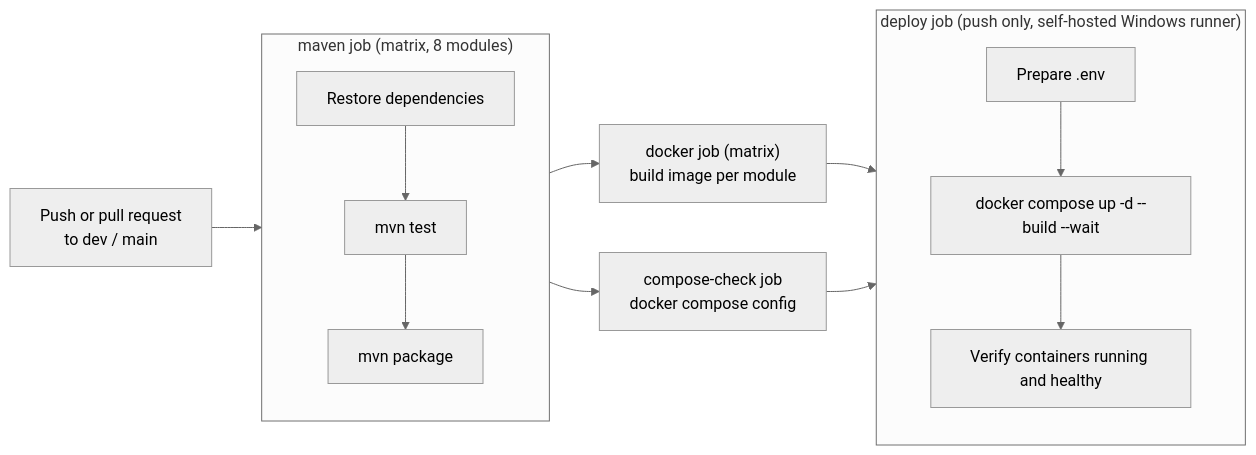
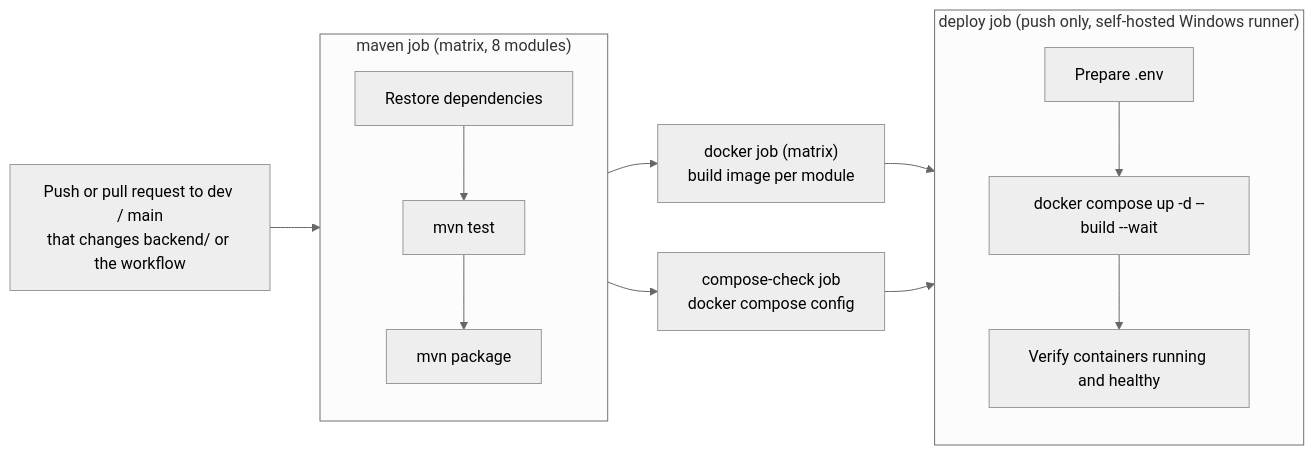
Before and after one commit to Phu0312/VeggiePal-Microservice: diagram 19 of 19 in docs/PRM_CAPSTONE.md, drawn with Mermaid (neutral theme). The commit also changed other lines of this file and 1 other file, not shown here.

First line of the commit message:
ci: run the pipeline only for backend changes

````diff
--- a/docs/PRM_CAPSTONE.md
+++ b/docs/PRM_CAPSTONE.md
@@ -1332,17 +1332,17 @@
 ```mermaid
 flowchart LR
-    T["Push or pull request<br/>to dev / main"] --> M
+    T["Push or pull request to dev / main<br/>that changes backend/ or the workflow"] --> M
 
     subgraph M["maven job (matrix, 8 modules)"]
         M1["Restore dependencies"] --> M2["mvn test"] --> M3["mvn package"]
     end
 
     M --> D["docker job (matrix)<br/>build image per module"]
     M --> C["compose-check job<br/>docker compose config"]
     D --> P
     C --> P
 
     subgraph P["deploy job (push only, self-hosted Windows runner)"]
         P1["Prepare .env"] --> P2["docker compose up -d --build --wait"] --> P3["Verify containers running and healthy"]
     end
 ```
````
